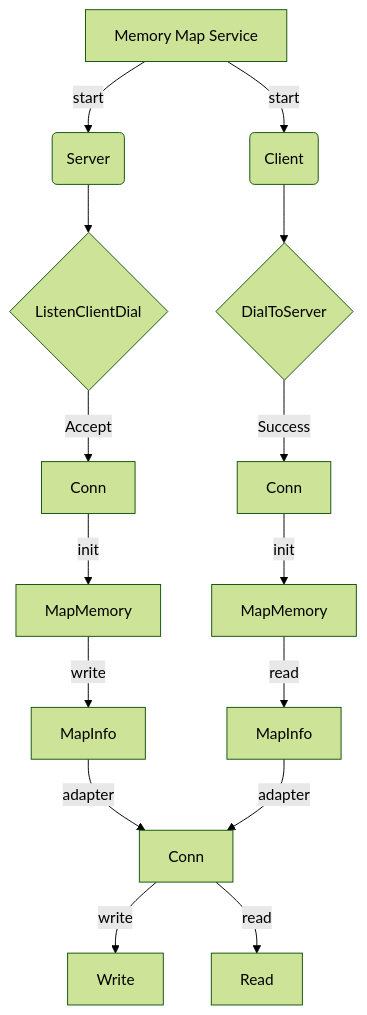
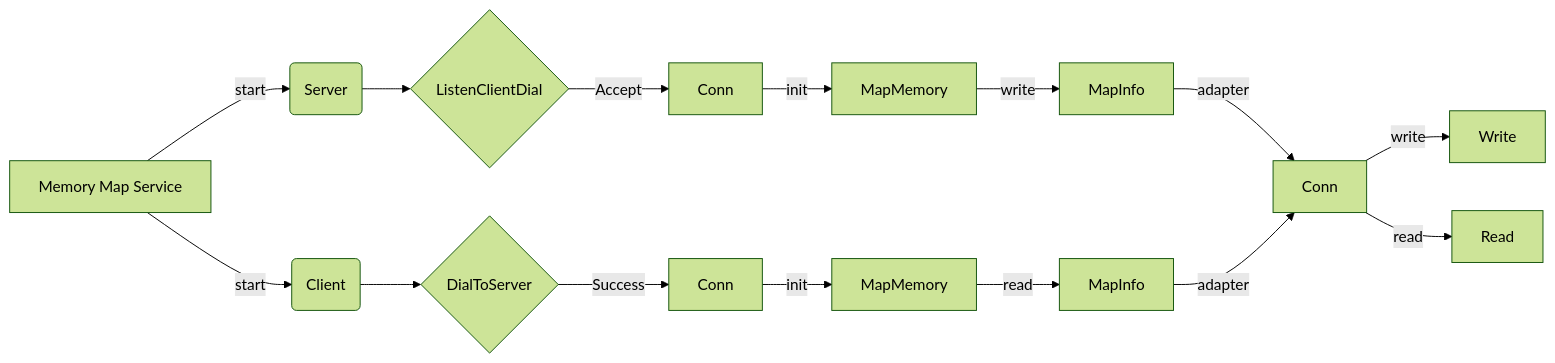
Before and after one commit to godcong/mmap: the diagram in README.md, drawn with Mermaid (forest theme).

Commit message:
feat(new): change flow LR

````diff
--- a/README.md
+++ b/README.md
@@ -38,22 +38,22 @@
 ```mermaid
-flowchart TD
+flowchart LR
         M[Memory Map Service] -->|start| Server(Server)
         M[Memory Map Service] -->|start| Client(Client)
                 
         Server --> Listen{ListenClientDial}
         Client --> Dial{DialToServer}
         Listen -->|Accept| ServConn[Conn]
         Dial --> |Success| CliConn[Conn]
         
         ServConn --> |init| servInit[MapMemory] 
         CliConn --> |init| clientInit[MapMemory]
         
         servInit --> |write| writeMapInfo[MapInfo]
         clientInit --> |read| readMapInfo[MapInfo]
         
         writeMapInfo --> |adapter| mapConn[Conn]
         readMapInfo --> |adapter| mapConn[Conn]
         
         mapConn --> |write| connWrite[Write]
         mapConn --> |read| connRead[Read]
 ```
````
